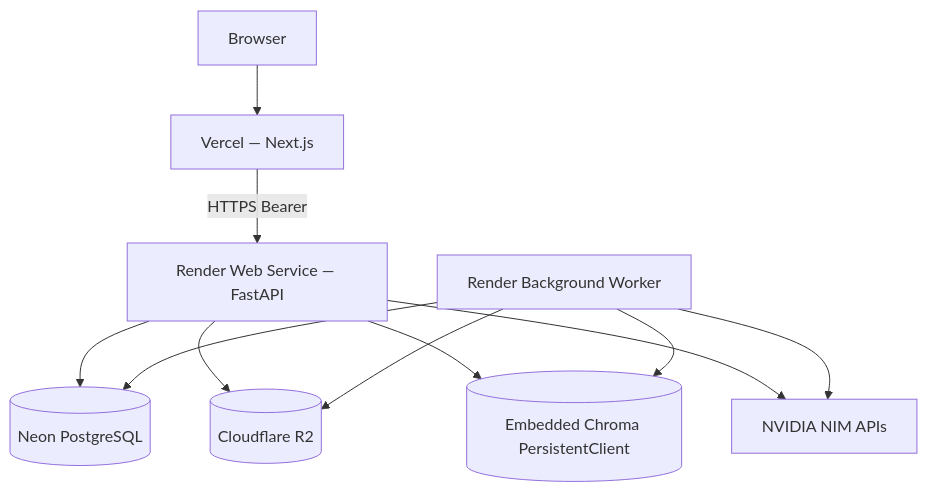
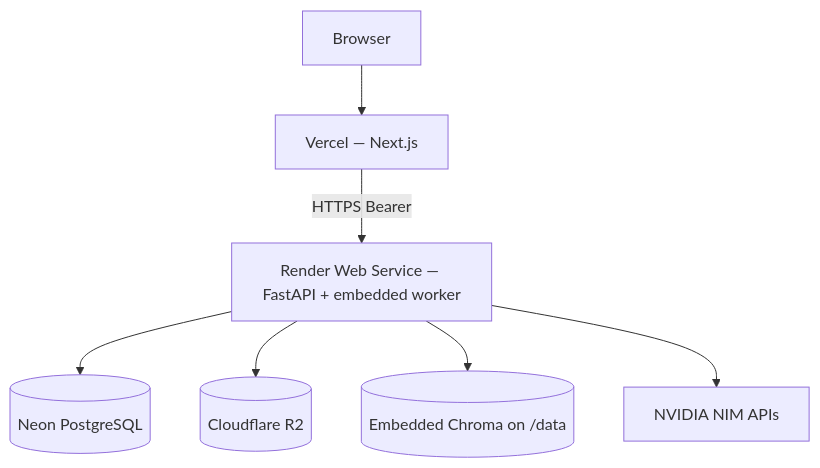
The diagram in backend/docs/RENDER_DEPLOYMENT.md (adityaaa2306/enterprise-document-rag), drawn with Mermaid before and after one commit. The commit also changed other lines of this file and 9 other files, not shown here.

First line of the commit message:
Fix portfolio deploy: embedded worker topology and entrypoint monitor.

````diff
--- a/backend/docs/RENDER_DEPLOYMENT.md
+++ b/backend/docs/RENDER_DEPLOYMENT.md
@@ -6,13 +6,9 @@
 ```mermaid
 flowchart TB
   User[Browser] --> Vercel[Vercel — Next.js]
-  Vercel -->|HTTPS Bearer| API[Render Web Service — FastAPI]
+  Vercel -->|HTTPS Bearer| API[Render Web Service — FastAPI + embedded worker]
   API --> Neon[(Neon PostgreSQL)]
   API --> R2[(Cloudflare R2)]
-  API --> Disk[(Embedded Chroma PersistentClient)]
-  Worker[Render Background Worker] --> Neon
-  Worker --> R2
-  Worker --> Disk
+  API --> Disk[(Embedded Chroma on /data)]
   API --> NIM[NVIDIA NIM APIs]
-  Worker --> NIM
 ```
````
